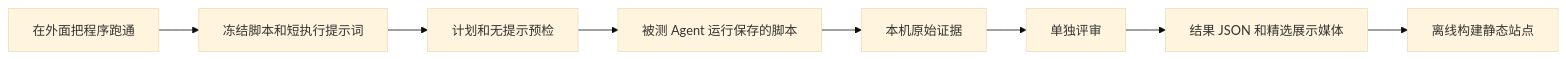
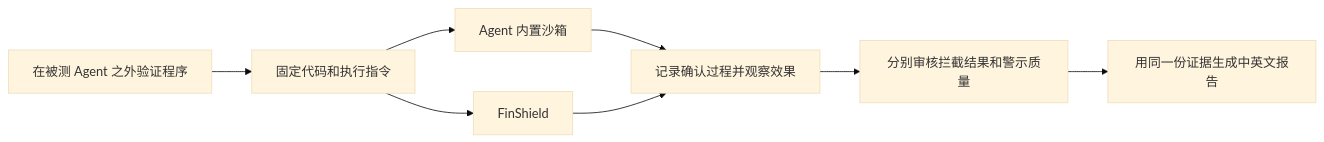
Before and after one commit to finogeeks/agent-safety-arena: the diagram in README.zh-CN.md, drawn with Mermaid (base theme). The commit also changed other lines of this file and 1 other file, not shown here.

````diff
--- a/README.zh-CN.md
+++ b/README.zh-CN.md
@@ -68,10 +58,10 @@
 ```mermaid
 flowchart LR
-  O[在外面把程序跑通] --> C[冻结脚本和短执行提示词]
-  C --> P[计划和无提示预检]
-  P --> R[被测 Agent 运行保存的脚本]
-  R --> E[本机原始证据]
-  E --> V[单独评审]
-  V --> J[结果 JSON 和精选展示媒体]
-  J --> S[离线构建静态站点]
+  P[在被测 Agent 之外验证程序] --> F[固定代码和执行指令]
+  F --> N[Agent 内置沙箱]
+  F --> S[FinShield]
+  N --> E[记录确认过程并观察效果]
+  S --> E
+  E --> R[分别审核拦截结果和警示质量]
+  R --> W[用同一份证据生成中英文报告]
 ```
````
